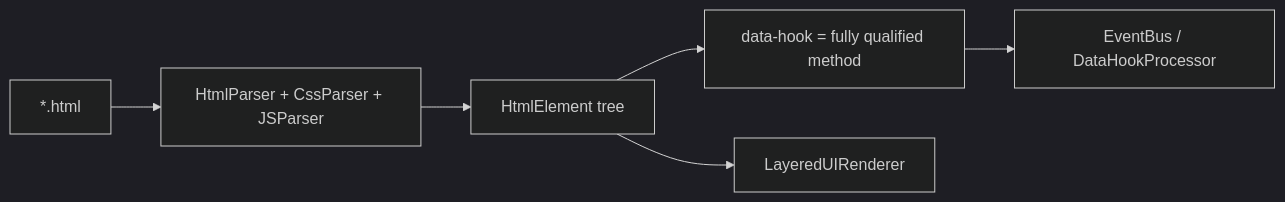
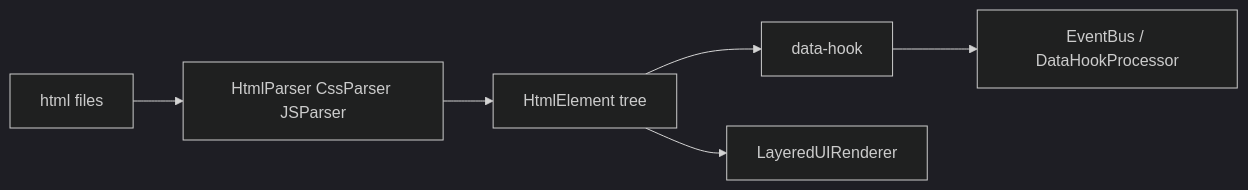
Before and after one commit to ireakhavok/Castle: the fifth of 5 diagrams in docs/IDE.md, drawn with Mermaid. The commit also changed other lines of this file and 6 other files, not shown here.

````diff
--- a/docs/IDE.md
+++ b/docs/IDE.md
@@ -134,9 +130,9 @@
 ```mermaid
 %%{init: {'theme':'dark'}}%%
 flowchart LR
-  HTML[*.html] --> Parse[HtmlParser + CssParser + JSParser]
+  HTML[html files] --> Parse[HtmlParser CssParser JSParser]
   Parse --> Tree[HtmlElement tree]
-  Tree --> Hook[data-hook = fully qualified method]
+  Tree --> Hook[data-hook]
   Hook --> EB[EventBus / DataHookProcessor]
   Tree --> Draw[LayeredUIRenderer]
 ```
````
